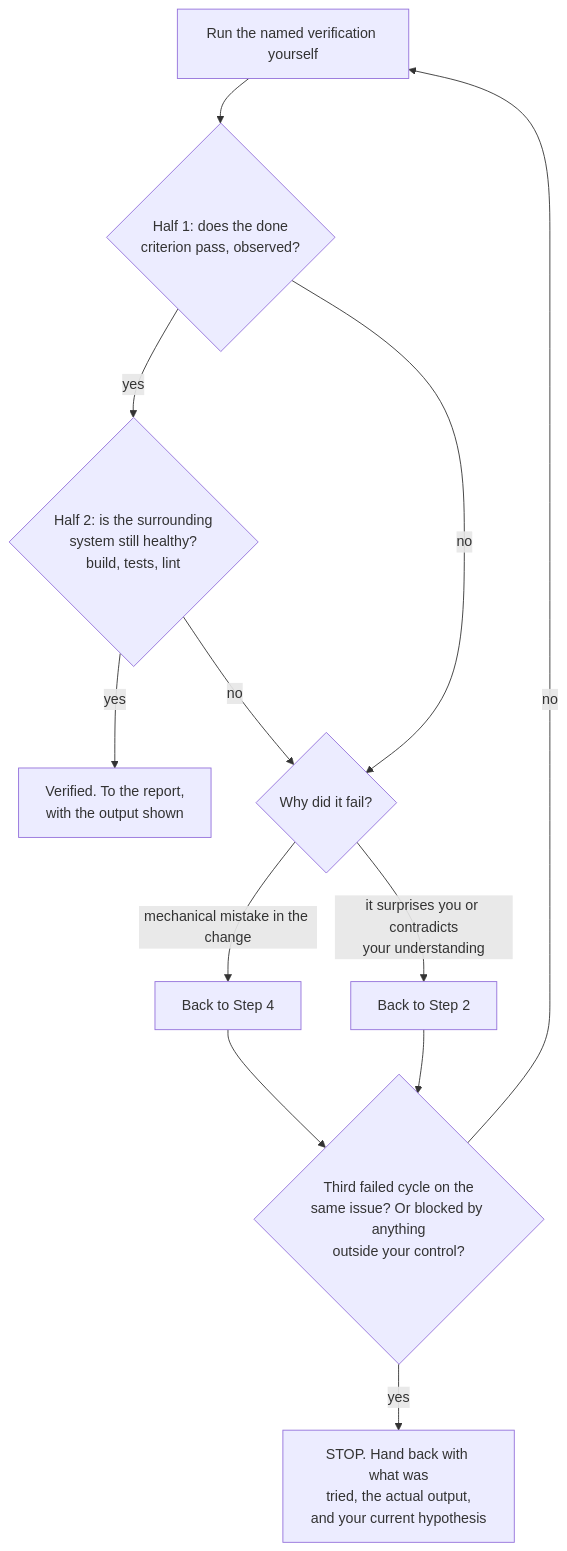
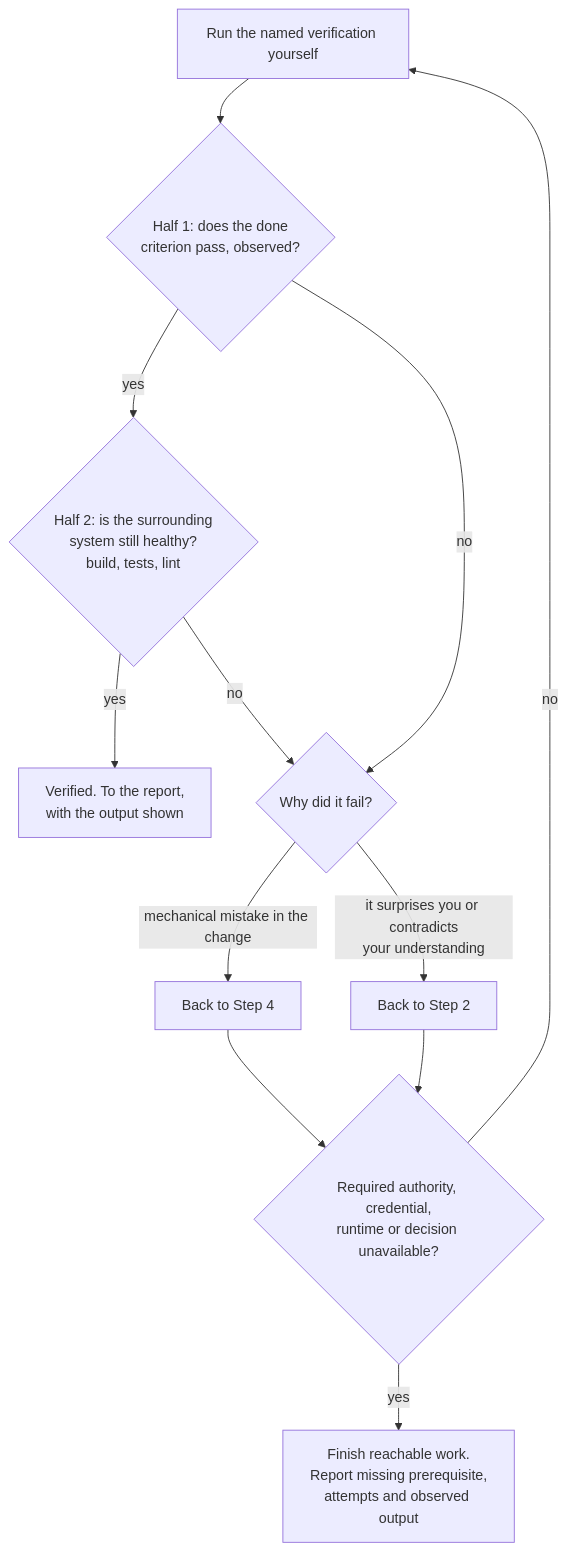
Before and after one commit to oleg494/coding-kit: the sixth of 8 diagrams in skills/fable-method/references/flowcharts.md, drawn with Mermaid. The commit also changed other lines of this file and 92 other files, not shown here.

````diff
--- a/skills/fable-method/references/flowcharts.md
+++ b/skills/fable-method/references/flowcharts.md
@@ -94,14 +95,14 @@
 ```mermaid
 flowchart TD
     V["Run the named verification yourself"] --> H1{"Half 1: does the done<br/>criterion pass, observed?"}
     H1 -->|yes| H2{"Half 2: is the surrounding<br/>system still healthy?<br/>build, tests, lint"}
     H2 -->|yes| OK["Verified. To the report,<br/>with the output shown"]
     H1 -->|no| WHY{"Why did it fail?"}
     H2 -->|no| WHY
     WHY -->|"mechanical mistake in the change"| BACK4["Back to Step 4"]
     WHY -->|"it surprises you or contradicts<br/>your understanding"| BACK2["Back to Step 2"]
-    BACK4 --> CNT{"Third failed cycle on the<br/>same issue? Or blocked by anything<br/>outside your control?"}
+    BACK4 --> CNT{"Required authority, credential,<br/>runtime or decision unavailable?"}
     BACK2 --> CNT
     CNT -->|no| V
-    CNT -->|yes| HAND["STOP. Hand back with what was<br/>tried, the actual output,<br/>and your current hypothesis"]
+    CNT -->|yes| HAND["Finish reachable work.<br/>Report missing prerequisite,<br/>attempts and observed output"]
 ```
````
